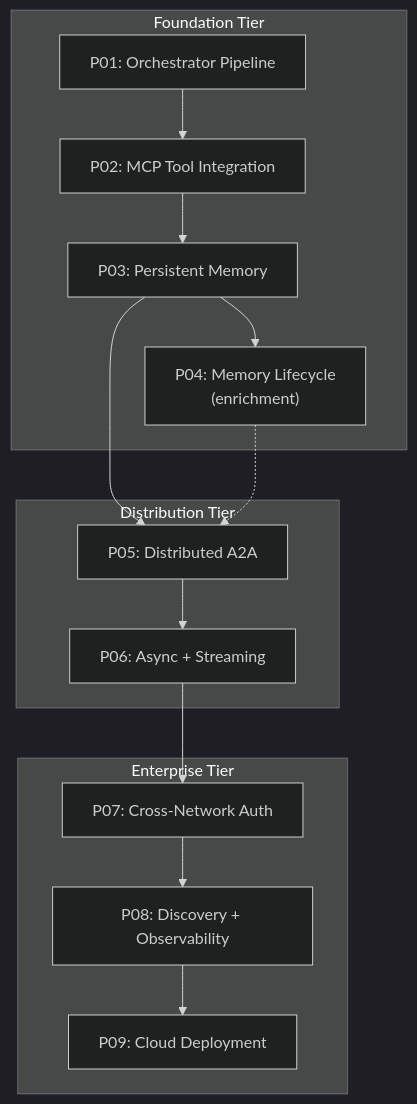
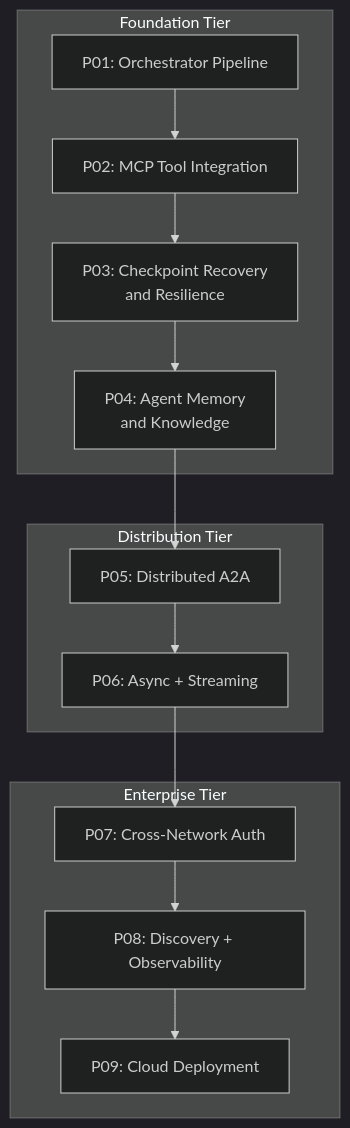
One commit to ksopyla/agent-patterns-lab changed the first of 8 diagrams in docs/curriculum.md. Above: the diagram before and after it, drawn with Mermaid (dark theme). The commit also changed other lines of this file and 2 other files, not shown here.

First line of the commit message:
docs: revise pattern progression for checkpoint recovery and agent memory

````diff
--- a/docs/curriculum.md
+++ b/docs/curriculum.md
@@ -46,27 +46,26 @@
 ```mermaid
 graph TD
     subgraph foundation ["Foundation Tier"]
         P01["P01: Orchestrator Pipeline"]
         P02["P02: MCP Tool Integration"]
-        P03["P03: Persistent Memory"]
-        P04["P04: Memory Lifecycle\n(enrichment)"]
+        P03["P03: Checkpoint Recovery\nand Resilience"]
+        P04["P04: Agent Memory\nand Knowledge"]
     end
     subgraph distribution ["Distribution Tier"]
         P05["P05: Distributed A2A"]
         P06["P06: Async + Streaming"]
     end
     subgraph enterprise ["Enterprise Tier"]
         P07["P07: Cross-Network Auth"]
         P08["P08: Discovery + Observability"]
         P09["P09: Cloud Deployment"]
     end
     P01 --> P02
     P02 --> P03
     P03 --> P04
-    P03 --> P05
-    P04 -.-> P05
+    P04 --> P05
     P05 --> P06
     P06 --> P07
     P07 --> P08
     P08 --> P09
 ```
````
